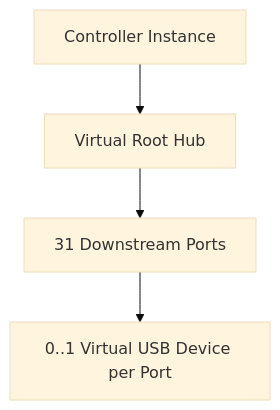
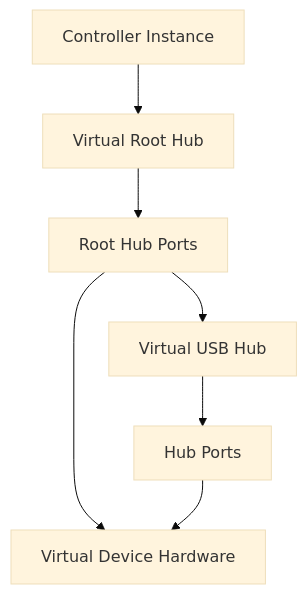
Before and after one commit to RomanBuchert/VirtUSB: diagram 14 of 44 in doc/architecture/high-level-architecture.md, drawn with Mermaid (base theme). The commit also changed other lines of this file and 6 other files, not shown here.

First line of the commit message:
docs: refine architecture and requirements documentation (WIP)

````diff
--- a/doc/architecture/high-level-architecture.md
+++ b/doc/architecture/high-level-architecture.md
@@ -693,11 +1284,16 @@
 ```mermaid
 flowchart TB
    controller["Controller Instance"]
    root["Virtual Root Hub"]
-   ports["31 Downstream Ports"]
-   device["0..1 Virtual USB Device per Port"]
+   rootport["Root Hub Ports"]
+   hub["Virtual USB Hub"]
+   hubport["Hub Ports"]
+   device["Virtual Device Hardware"]
 
    controller --> root
-   root --> ports
-   ports --> device
+   root --> rootport
+   rootport --> device
+   rootport --> hub
+   hub --> hubport
+   hubport --> device
 ```
````
